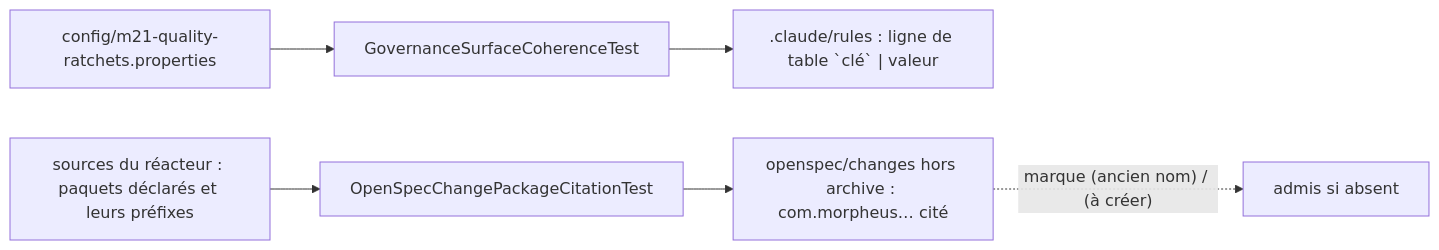
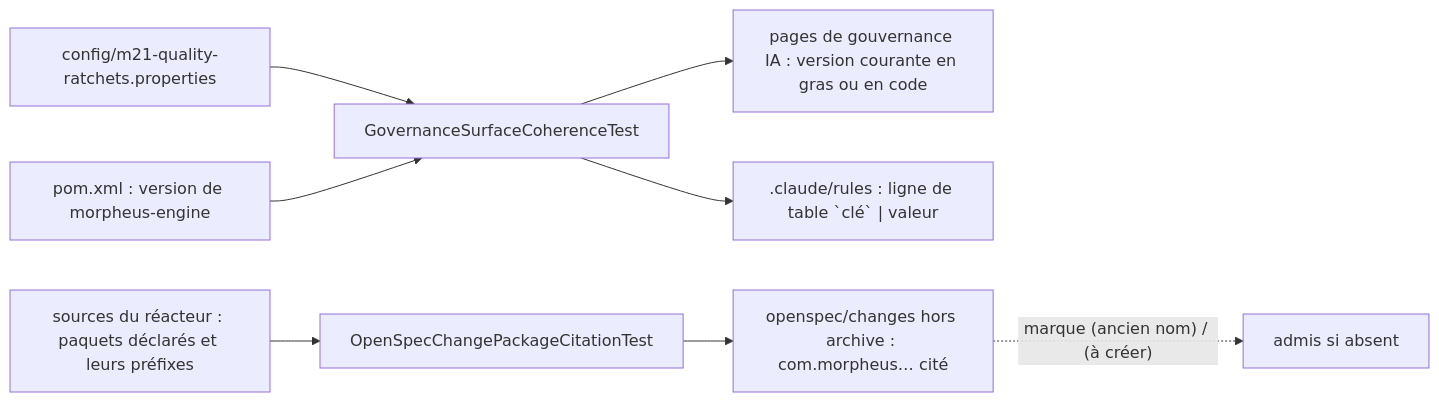
One commit to FTurleque/morpheus-engine changed the diagram in docs/developer/specifications/stated-fact-currency.md. Above: the diagram before and after it, drawn with Mermaid. The commit also changed other lines of this file and 4 other files, not shown here.

First line of the commit message:
test(governance): compare the current product version stated in prose to the root POM

````diff
--- a/docs/developer/specifications/stated-fact-currency.md
+++ b/docs/developer/specifications/stated-fact-currency.md
@@ -52,8 +64,10 @@
 ```mermaid
 flowchart LR
     R[config/m21-quality-ratchets.properties] --> G[GovernanceSurfaceCoherenceTest]
+    V["pom.xml : version de morpheus-engine"] --> G
+    G --> C["pages de gouvernance IA : version courante en gras ou en code"]
     G --> T[".claude/rules : ligne de table `clé` | valeur"]
     S["sources du réacteur : paquets déclarés et leurs préfixes"] --> P[OpenSpecChangePackageCitationTest]
     P --> O["openspec/changes hors archive : com.morpheus… cité"]
     O -. "marque (ancien nom) / (à créer)" .-> A[admis si absent]
 ```
````
